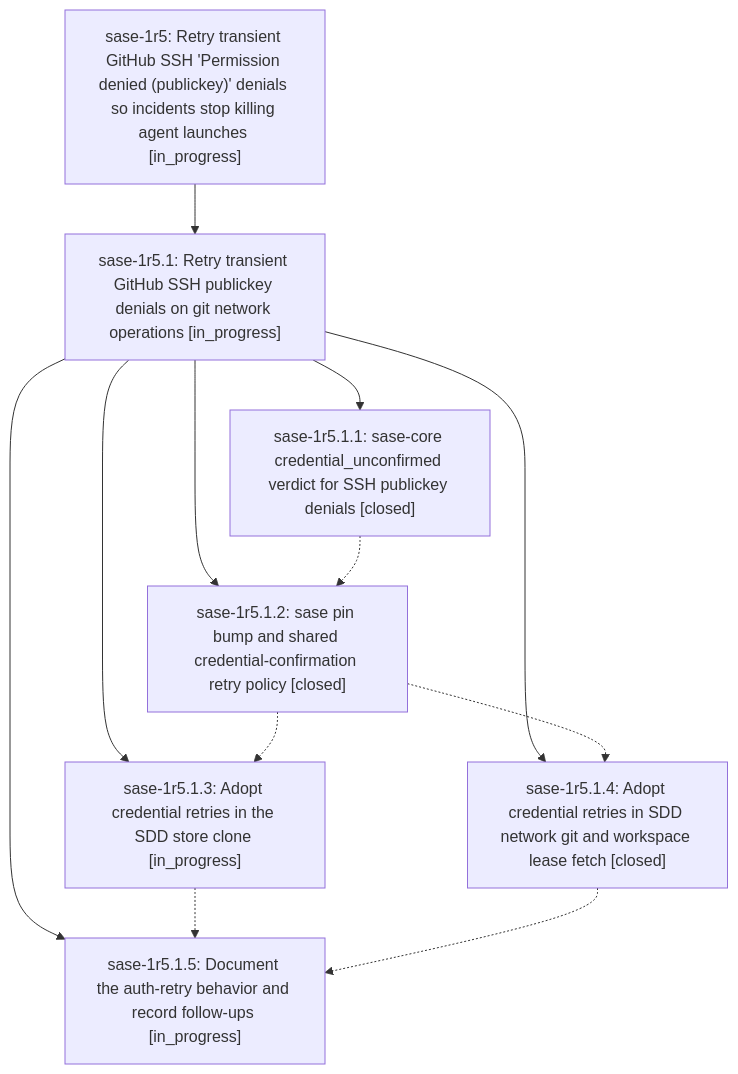
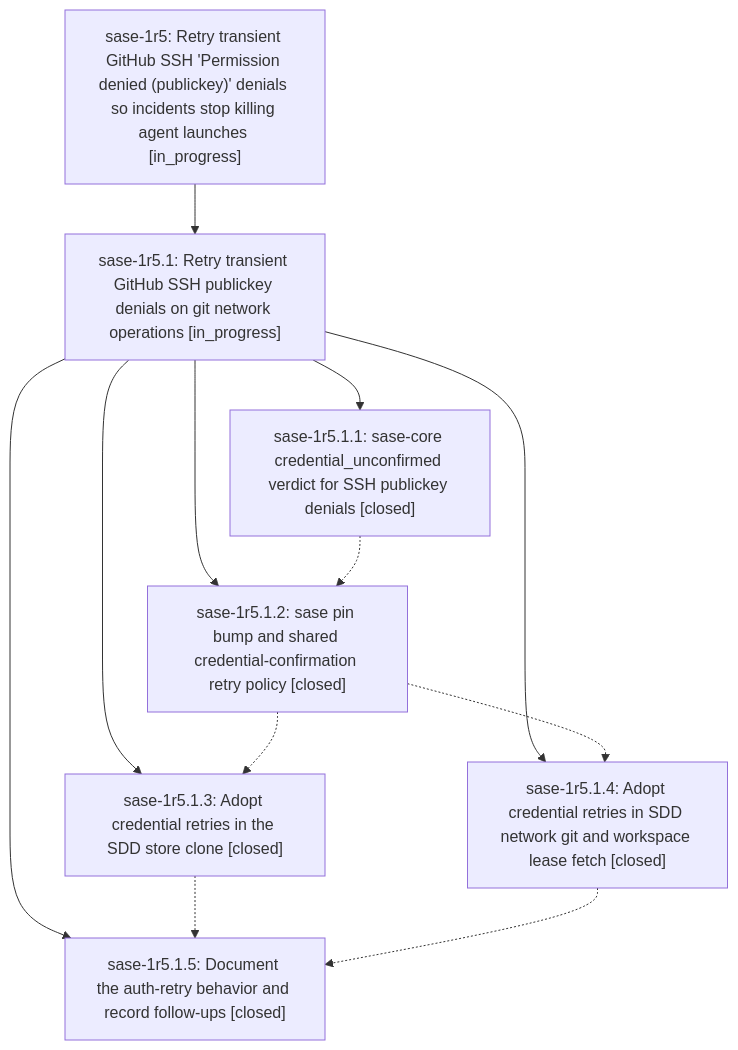
Before and after one commit to sase-org/sase--beads: the diagram in pages/sase-1r5/README.md, drawn with Mermaid. The commit also changed other lines of this file and 4 other files, not shown here.

````diff
--- a/pages/sase-1r5/README.md
+++ b/pages/sase-1r5/README.md
@@ -105,21 +105,21 @@
 ```mermaid
 flowchart TD
     n0["sase-1r5: Retry transient GitHub SSH 'Permission denied (publickey)' denials so incidents stop killing agent launches [in_progress]"]
     n1["sase-1r5.1: Retry transient GitHub SSH publickey denials on git network operations [in_progress]"]
     n2["sase-1r5.1.1: sase-core credential_unconfirmed verdict for SSH publickey denials [closed]"]
     n3["sase-1r5.1.2: sase pin bump and shared credential-confirmation retry policy [closed]"]
-    n4["sase-1r5.1.3: Adopt credential retries in the SDD store clone [in_progress]"]
+    n4["sase-1r5.1.3: Adopt credential retries in the SDD store clone [closed]"]
     n5["sase-1r5.1.4: Adopt credential retries in SDD network git and workspace lease fetch [closed]"]
-    n6["sase-1r5.1.5: Document the auth-retry behavior and record follow-ups [in_progress]"]
+    n6["sase-1r5.1.5: Document the auth-retry behavior and record follow-ups [closed]"]
     n0 --> n1
     n1 --> n2
     n1 --> n3
     n1 --> n4
     n1 --> n5
     n1 --> n6
     n2 -.-> n3
     n3 -.-> n4
     n3 -.-> n5
     n4 -.-> n6
     n5 -.-> n6
 ```
````
